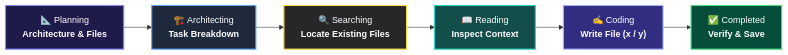
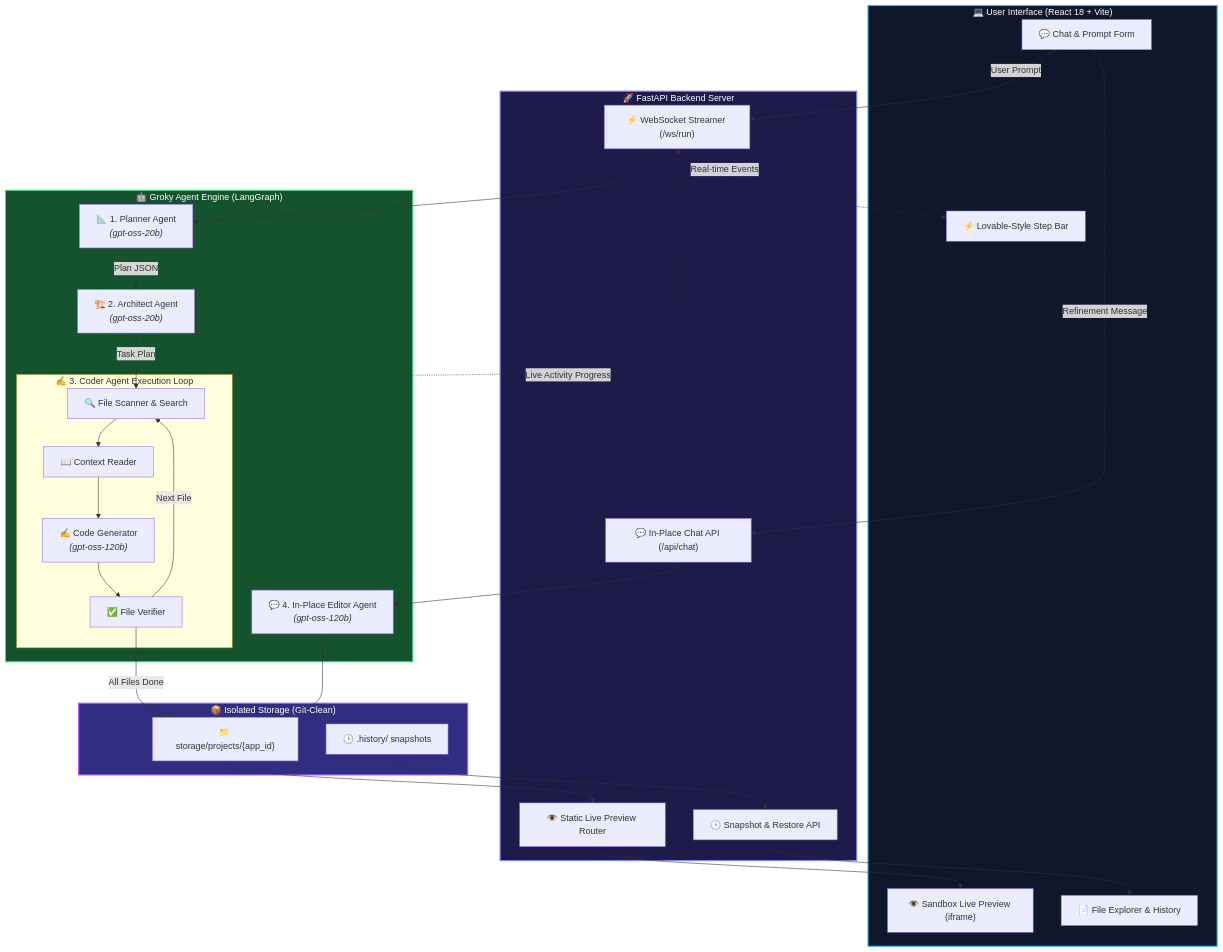
The diagram in README.md (Archanagowda05/app-builder-agent), drawn with Mermaid before and after one commit. The commit also changed other lines of this file, not shown here.

Commit message:
docs: brand as Groky App-Builder Agents with 4-agent architecture diagram

````diff
--- a/README.md
+++ b/README.md
@@ -83,15 +75,58 @@
 ```mermaid
-flowchart LR
-    A["📐 Planning<br/><b>Architecture & Files</b>"] --> B["🏗️ Architecting<br/><b>Task Breakdown</b>"]
-    B --> C["🔍 Searching<br/><b>Locate Existing Files</b>"]
-    C --> D["📖 Reading<br/><b>Inspect Context</b>"]
-    D --> E["✍️ Coding<br/><b>Write File (x / y)</b>"]
-    E --> F["✅ Completed<br/><b>Verify & Save</b>"]
+graph TD
+    subgraph Client["💻 User Interface (React 18 + Vite)"]
+        UI_Prompt["💬 Chat & Prompt Form"]
+        UI_Pipeline["⚡ Lovable-Style Step Bar"]
+        UI_Preview["👁️ Sandbox Live Preview (iframe)"]
+        UI_Files["📄 File Explorer & History"]
+    end
 
-    style A fill:#1e1b4b,stroke:#818cf8,stroke-width:2px,color:#fff
-    style B fill:#1e293b,stroke:#60a5fa,stroke-width:2px,color:#fff
-    style C fill:#27272a,stroke:#fde047,stroke-width:2px,color:#fff
-    style D fill:#134e4a,stroke:#2dd4bf,stroke-width:2px,color:#fff
-    style E fill:#312e81,stroke:#a5b4fc,stroke-width:2px,color:#fff
-    style F fill:#064e3b,stroke:#4ade80,stroke-width:2px,color:#fff
+    subgraph Gateway["🚀 FastAPI Backend Server"]
+        WS["⚡ WebSocket Streamer (/ws/run)"]
+        API_Chat["💬 In-Place Chat API (/api/chat)"]
+        API_History["🕒 Snapshot & Restore API"]
+        API_Preview["👁️ Static Live Preview Router"]
+    end
+
+    subgraph AgentSwarm["🤖 Groky Agent Engine (LangGraph)"]
+        Agent_Plan["📐 1. Planner Agent<br/><i>(gpt-oss-20b)</i>"]
+        Agent_Arch["🏗️ 2. Architect Agent<br/><i>(gpt-oss-20b)</i>"]
+        
+        subgraph CoderLoop["✍️ 3. Coder Agent Execution Loop"]
+            Scan["🔍 File Scanner & Search"]
+            Read["📖 Context Reader"]
+            Code["✍️ Code Generator<br/><i>(gpt-oss-120b)</i>"]
+            Verify["✅ File Verifier"]
+        end
+        
+        Agent_Editor["💬 4. In-Place Editor Agent<br/><i>(gpt-oss-120b)</i>"]
+    end
+
+    subgraph Storage["📦 Isolated Storage (Git-Clean)"]
+        Store_Files["📁 storage/projects/{app_id}"]
+        Store_History["🕒 .history/ snapshots"]
+    end
+
+    %% Flow Connections
+    UI_Prompt -->|User Prompt| WS
+    UI_Prompt -->|Refinement Message| API_Chat
+    
+    WS --> Agent_Plan
+    Agent_Plan -->|Plan JSON| Agent_Arch
+    Agent_Arch -->|Task Plan| Scan
+    Scan --> Read --> Code --> Verify
+    Verify -->|Next File| Scan
+    Verify -->|All Files Done| Store_Files
+
+    API_Chat --> Agent_Editor
+    Agent_Editor --> Store_Files
+    
+    Store_Files --> API_Preview --> UI_Preview
+    Store_History --> API_History --> UI_Files
+    CoderLoop -.->|Live Activity Progress| WS -.->|Real-time Events| UI_Pipeline
+
+    style Client fill:#0f172a,stroke:#38bdf8,stroke-width:2px,color:#fff
+    style Gateway fill:#1e1b4b,stroke:#818cf8,stroke-width:2px,color:#fff
+    style AgentSwarm fill:#14532d,stroke:#4ade80,stroke-width:2px,color:#fff
+    style Storage fill:#312e81,stroke:#a855f7,stroke-width:2px,color:#fff
 ```
````
